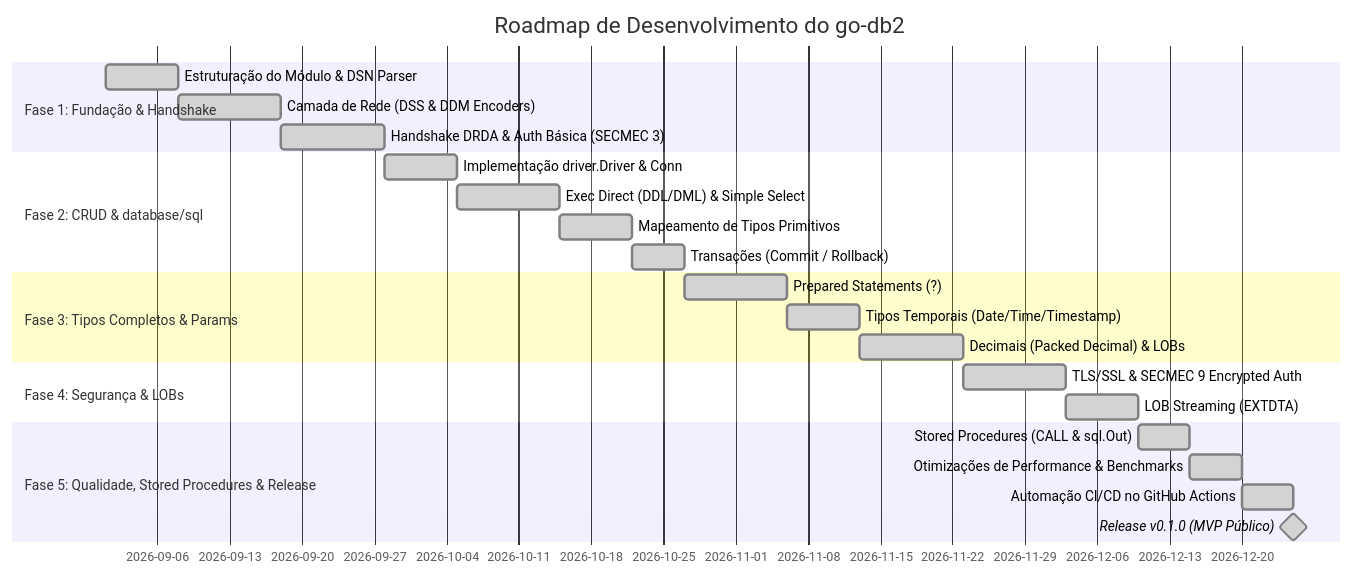
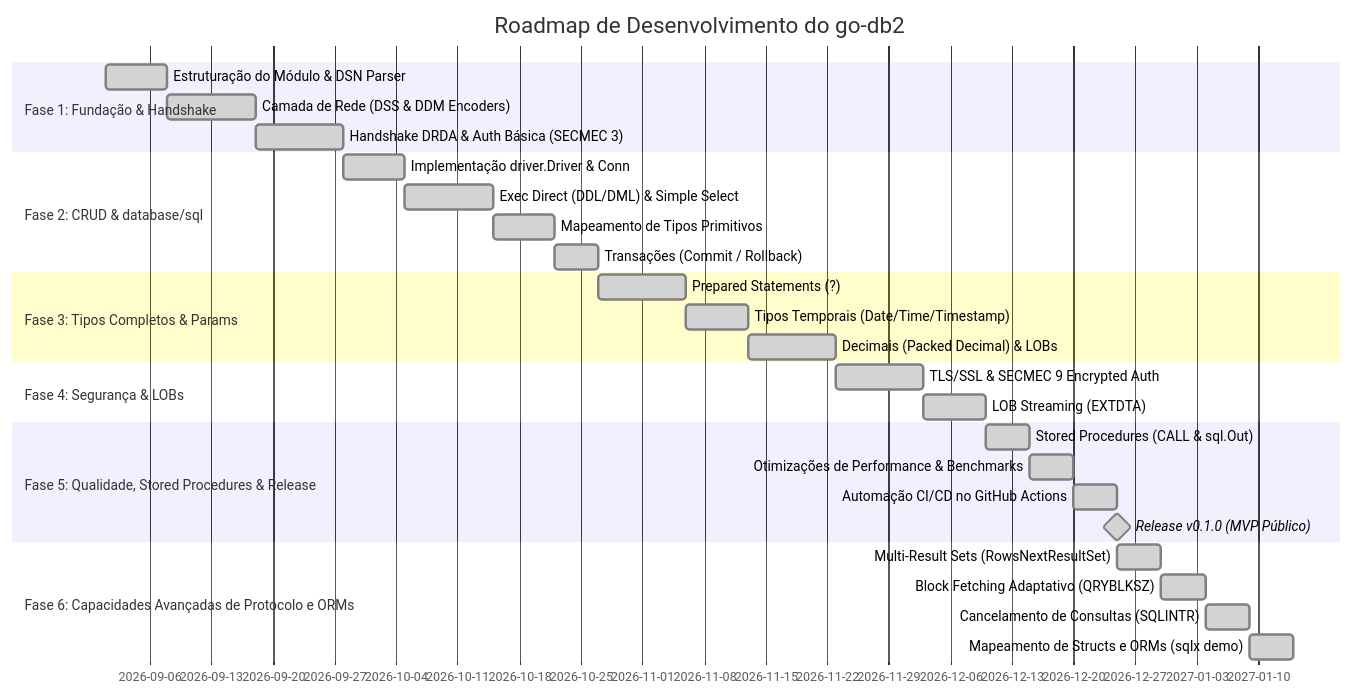
Before and after one commit to go-db2/go-db2: the diagram in PROJECT_PLAN.pt-BR.md, drawn with Mermaid. The commit also changed other lines of this file and 14 other files, not shown here.

Commit message:
feat: implement multi-result sets, adaptive block fetching, SQLINTR cancellation, and struct mapping demo

````diff
--- a/PROJECT_PLAN.pt-BR.md
+++ b/PROJECT_PLAN.pt-BR.md
@@ -164,26 +164,31 @@
 ```mermaid
 gantt
     title Roadmap de Desenvolvimento do go-db2
     dateFormat  YYYY-MM-DD
     section Fase 1: Fundação & Handshake
     Estruturação do Módulo & DSN Parser      :done, f1_1, 2026-09-01, 7d
     Camada de Rede (DSS & DDM Encoders)       :done, f1_2, after f1_1, 10d
     Handshake DRDA & Auth Básica (SECMEC 3)  :done, f1_3, after f1_2, 10d
     section Fase 2: CRUD & database/sql
     Implementação driver.Driver & Conn       :done, f2_1, after f1_3, 7d
     Exec Direct (DDL/DML) & Simple Select    :done, f2_2, after f2_1, 10d
     Mapeamento de Tipos Primitivos           :done, f2_3, after f2_2, 7d
     Transações (Commit / Rollback)           :done, f2_4, after f2_3, 5d
     section Fase 3: Tipos Completos & Params
     Prepared Statements (?)                  :done, f3_1, after f2_4, 10d
     Tipos Temporais (Date/Time/Timestamp)    :done, f3_2, after f3_1, 7d
     Decimais (Packed Decimal) & LOBs         :done, f3_3, after f3_2, 10d
     section Fase 4: Segurança & LOBs
     TLS/SSL & SECMEC 9 Encrypted Auth        :done, f4_1, after f3_3, 10d
     LOB Streaming (EXTDTA)                   :done, f4_2, after f4_1, 7d
     section Fase 5: Qualidade, Stored Procedures & Release
     Stored Procedures (CALL & sql.Out)       :done, f5_1, after f4_2, 5d
     Otimizações de Performance & Benchmarks  :done, f5_2, after f5_1, 5d
     Automação CI/CD no GitHub Actions        :done, f5_3, after f5_2, 5d
     Release v0.1.0 (MVP Público)             :done, milestone, after f5_3, 0d
+    section Fase 6: Capacidades Avançadas de Protocolo e ORMs
+    Multi-Result Sets (RowsNextResultSet)    :done, f6_1, after f5_3, 5d
+    Block Fetching Adaptativo (QRYBLKSZ)     :done, f6_2, after f6_1, 5d
+    Cancelamento de Consultas (SQLINTR)      :done, f6_3, after f6_2, 5d
+    Mapeamento de Structs e ORMs (sqlx demo) :done, f6_4, after f6_3, 5d
 ```
````
